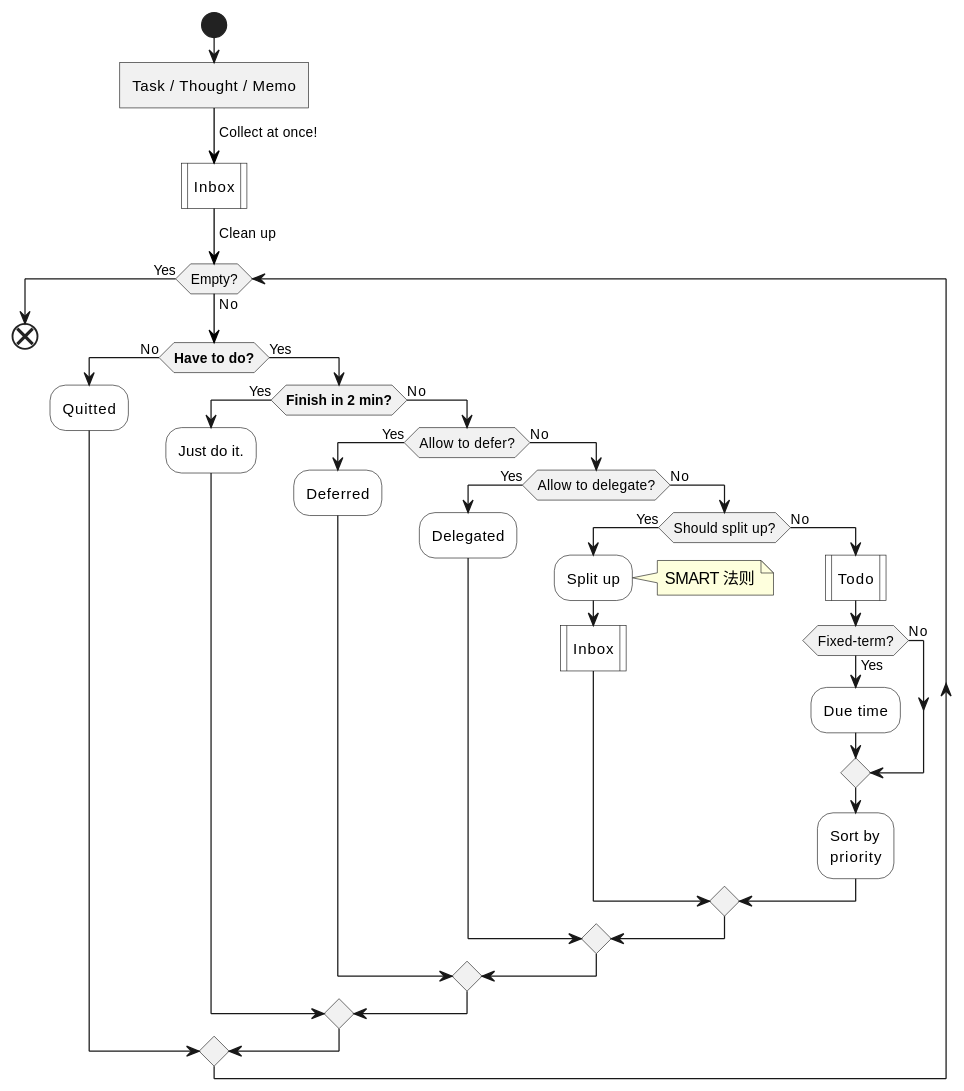
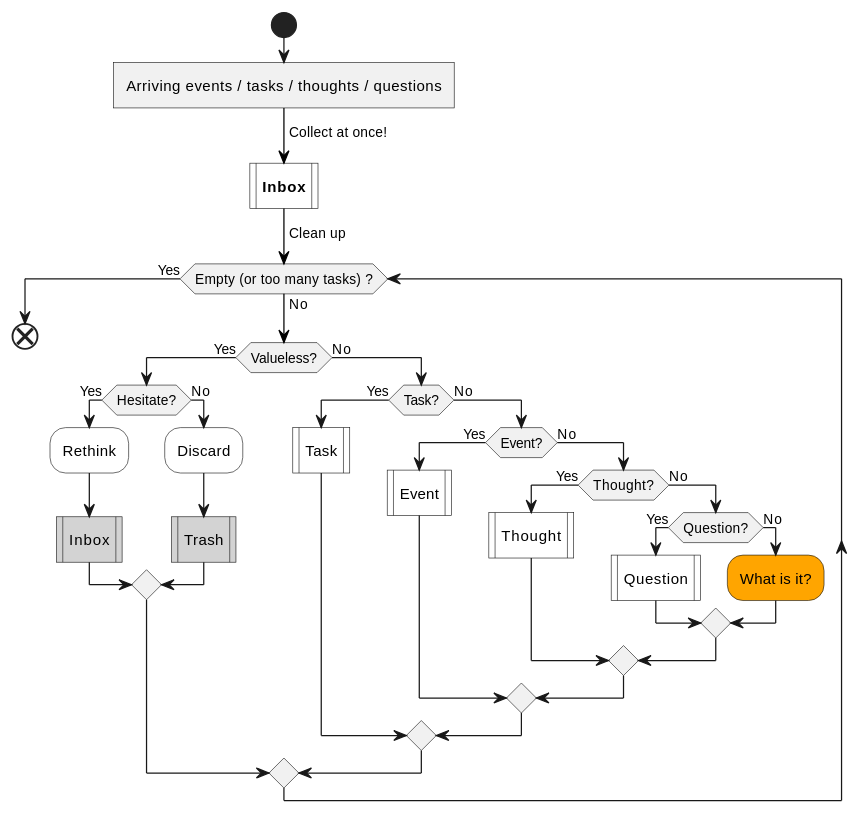
One commit to IceHe/icehe-lib changed the first of 6 diagrams in snips/principles/gtd.md. Above: the diagram before and after it, drawn with PlantUML. The commit also changed other lines of this file, not shown here.

````diff
--- a/snips/principles/gtd.md
+++ b/snips/principles/gtd.md
@@ -17,40 +27,39 @@
 ```plantuml
 @startuml
 start
-:Task / Thought / Memo]
+:Arriving events / tasks / thoughts / questions]
 -[#black]-> Collect at once!;
-#white:Inbox|
+#white:**Inbox**|
 -[#black]-> Clean up;
-while (Empty?) is (No)
-    if (**Have to do?**) then (No)
-        #white:Quitted;
-    else (Yes)
-        if (**Finish in 2 min?**) then (Yes)
-            #white:Just do it.;
+while (Empty (or too many tasks) ?) is (No)
+    if (Valueless?) then (Yes)
+        if (Hesitate?) then (Yes)
+            #white:Rethink;
+            #lightGray:Inbox|
         else (No)
-            if (Allow to defer?) then (Yes)
-                #white:Deferred;
+            #white:Discard;
+            #lightGray:Trash|
+        endif
+    else (No)
+        if (Task?) then (Yes)
+            #white:Task|
+        else (No)
+            if (Event?) then (Yes)
+                #white:Event|
             else (No)
-                if (Allow to delegate?) then (Yes)
-                    #white:Delegated;
+                if (Thought?) then (Yes)
+                    #white:Thought|
                 else (No)
-                    if (Should split up?) then (Yes)
-                        #white:Split up;
-                        note right : SMART 法则
-                        #white:Inbox|
+                    if (Question?) then (Yes)
+                        #white:Question|
                     else (No)
-                        #white:Todo|
-                        if (Fixed-term?) then (Yes)
-                            #white:Due time;
-                        else (No)
-                        endif
-                        #white:Sort by\npriority;
+                        #orange:What is it?;
                     endif
                 endif
             endif
         endif
     endif
 endwhile (Yes)
 end
 @enduml
 ```
````
